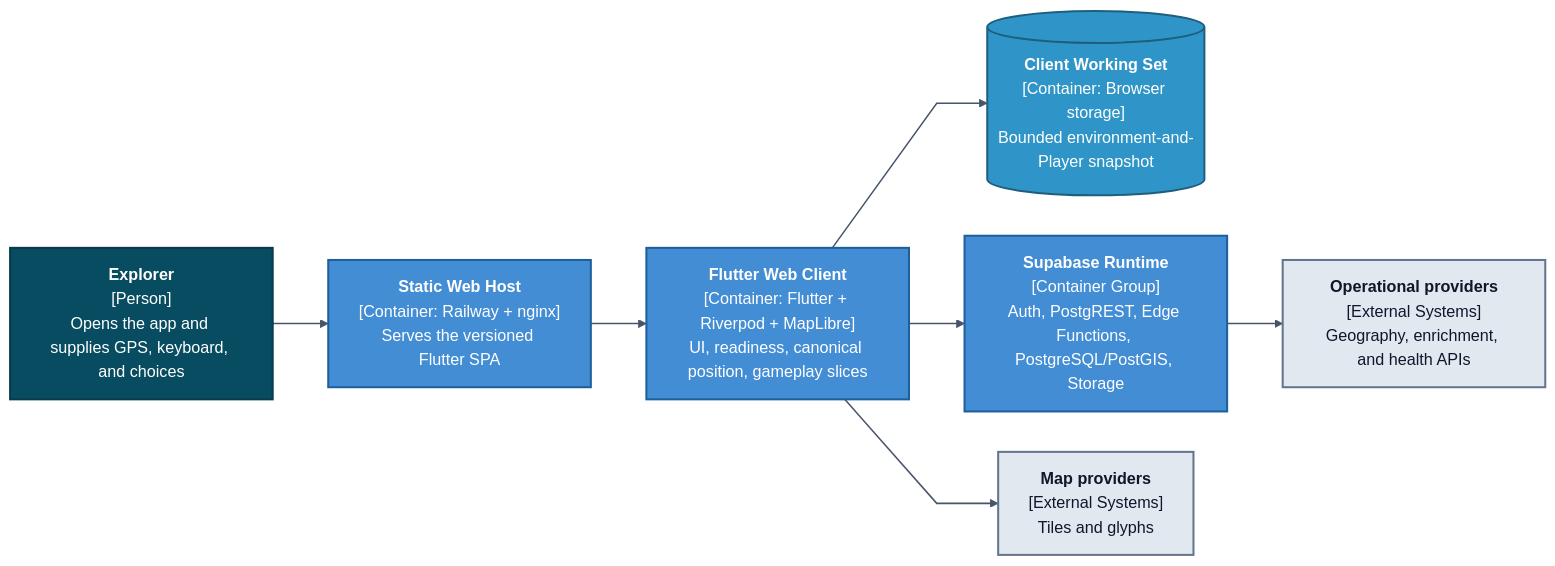
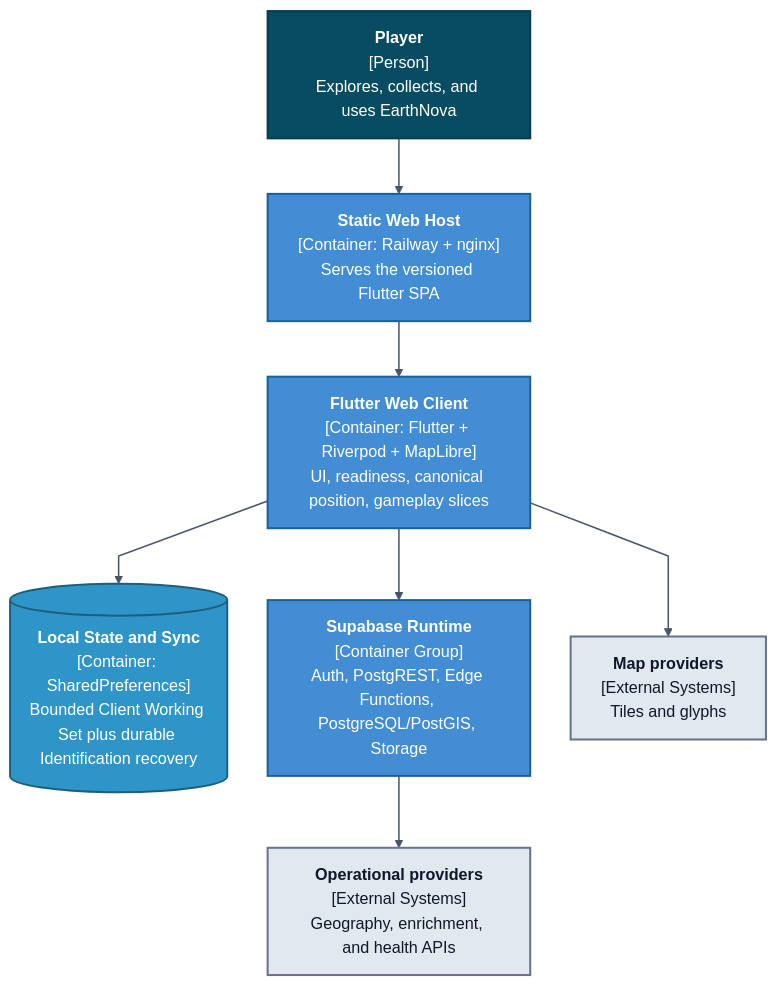
The diagram in docs/c4/02-container.mmd (JMLegere/geo-app), drawn with Mermaid before and after one commit. The commit also changed 31 other files, not shown here.

First line of the commit message:
feat(sync): recover identification commits durably

```diff
--- a/docs/c4/02-container.mmd
+++ b/docs/c4/02-container.mmd
@@ -1,27 +1,27 @@
 %% GENERATED by scripts/generate_c4_diagrams.py — do not edit.
 %%{init: {'theme': 'base', 'themeVariables': {'background': '#ffffff', 'primaryTextColor': '#0f172a', 'lineColor': '#475569', 'fontFamily': 'Arial, sans-serif', 'edgeLabelBackground': '#ffffff', 'actorLineColor': '#64748b', 'signalColor': '#334155', 'labelBoxBorderColor': '#475569', 'labelTextColor': '#0f172a', 'loopLineColor': '#64748b', 'loopTextColor': '#0f172a'}, 'sequence': {'mirrorActors': false, 'diagramMarginX': 30, 'diagramMarginY': 20, 'actorMargin': 40, 'messageMargin': 35}, 'flowchart': {'curve': 'linear', 'nodeSpacing': 40, 'rankSpacing': 55}}}%%
-flowchart LR
-    explorer["<b>Explorer</b><br/>[Person]<br/>Opens the app and supplies GPS, keyboard, and choices"]
+flowchart TB
+    player["<b>Player</b><br/>[Person]<br/>Explores, collects, and uses EarthNova"]
     web["<b>Static Web Host</b><br/>[Container: Railway + nginx]<br/>Serves the versioned Flutter SPA"]
     client["<b>Flutter Web Client</b><br/>[Container: Flutter + Riverpod + MapLibre]<br/>UI, readiness, canonical position, gameplay slices"]
-    working[("<b>Client Working Set</b><br/>[Container: Browser storage]<br/>Bounded environment-and-Player snapshot")]
+    working[("<b>Local State and Sync</b><br/>[Container: SharedPreferences]<br/>Bounded Client Working Set plus durable Identification recovery")]
     supabase["<b>Supabase Runtime</b><br/>[Container Group]<br/>Auth, PostgREST, Edge Functions, PostgreSQL/PostGIS, Storage"]
     maps["<b>Map providers</b><br/>[External Systems]<br/>Tiles and glyphs"]
     operations["<b>Operational providers</b><br/>[External Systems]<br/>Geography, enrichment, and health APIs"]
 
-    explorer --> web
+    player --> web
     web --> client
     client --> working
     client --> supabase
     client --> maps
     supabase --> operations
 
-    class explorer person
+    class player person
     class web,client,supabase container
     class working database
     class maps,operations external
     classDef person fill:#084c61,color:#ffffff,stroke:#063c4d,stroke-width:2px;
     classDef container fill:#438dd5,color:#ffffff,stroke:#1d5f9b,stroke-width:2px;
     classDef database fill:#2f95c8,color:#ffffff,stroke:#1d5f7d,stroke-width:2px;
     classDef external fill:#e2e8f0,color:#0f172a,stroke:#64748b,stroke-width:2px;
     linkStyle default stroke:#475569,color:#0f172a,stroke-width:1.5px;
```
